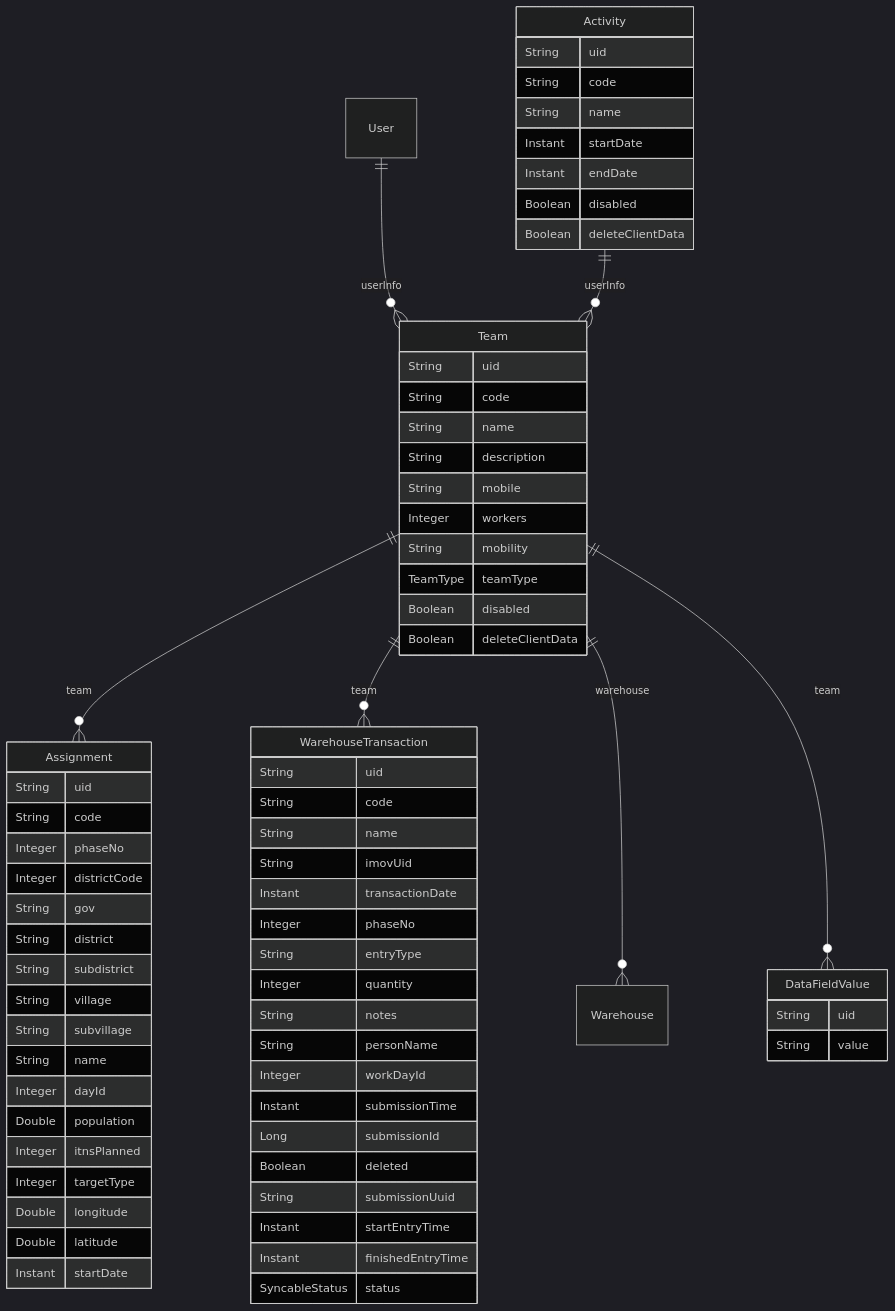
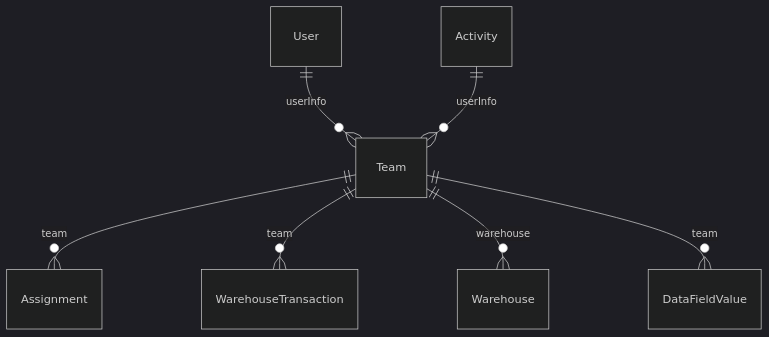
Before and after one commit to MassPro-NMCPYE/data-run-docs: the third of 5 diagrams in docs/index.md, drawn with Mermaid (dark theme). The commit also changed other lines of this file, not shown here.

````diff
--- a/docs/index.md
+++ b/docs/index.md
@@ -280,78 +215,9 @@
 ```mermaid
 erDiagram
   User ||--o{ Team : "userInfo"
   Activity ||--o{ Team : "userInfo"
   Team ||--o{ Assignment : "team"
   Team ||--o{ WarehouseTransaction : "team"
   Team ||--o{ Warehouse : "warehouse"
   Team ||--o{ DataFieldValue : "team"
-
-  Activity {
-      String uid
-      String code
-      String name
-      Instant startDate
-      Instant endDate
-      Boolean disabled
-      Boolean deleteClientData
-  }
-
-  Assignment {
-      String uid
-      String code
-      Integer phaseNo
-      Integer districtCode
-      String gov
-      String district
-      String subdistrict
-      String village
-      String subvillage
-      String name
-      Integer dayId
-      Double population
-      Integer itnsPlanned
-      Integer targetType
-      Double longitude
-      Double latitude
-      Instant startDate
-  }
-
-  Team {
-      String uid
-      String code
-      String name
-      String description
-      String mobile
-      Integer workers
-      String mobility
-      TeamType teamType
-      Boolean disabled
-      Boolean deleteClientData
-  }
-
-  WarehouseTransaction {
-      String uid
-      String code
-      String name
-      String imovUid
-      Instant transactionDate
-      Integer phaseNo
-      String entryType
-      Integer quantity
-      String notes
-      String personName
-      Integer workDayId
-      Instant submissionTime
-      Long submissionId
-      Boolean deleted
-      String submissionUuid
-      Instant startEntryTime
-      Instant finishedEntryTime
-      SyncableStatus status
-  }
-
-  DataFieldValue {
-      String uid
-      String value
-  }
 ```
````
